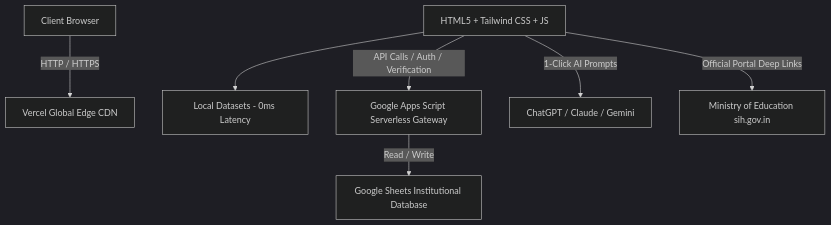
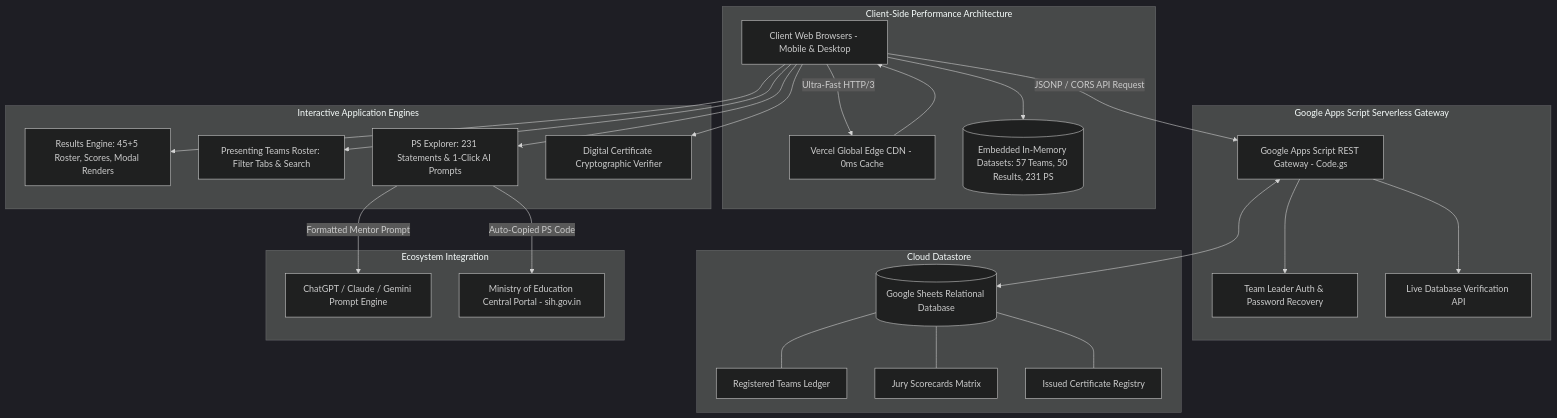
Before and after one commit to gkm563/SIH-UIT: the diagram in README.md, drawn with Mermaid (dark theme). The commit also changed other lines of this file, not shown here.

Commit message:
docs: Craft master-tier, SEO-optimized conclave blueprint README showcasing end-to-end architecture, operational framework, and leadership by Gautam Kumar Maurya (GKM)

````diff
--- a/README.md
+++ b/README.md
@@ -85,9 +96,54 @@
 ```mermaid
-graph TD
-    A[Client Browser] -->|HTTP / HTTPS| B[Vercel Global Edge CDN]
-    C[HTML5 + Tailwind CSS + JS] --> D[Local Datasets - 0ms Latency]
-    C -->|API Calls / Auth / Verification| E[Google Apps Script Serverless Gateway]
-    E -->|Read / Write| F[Google Sheets Institutional Database]
-    C -->|1-Click AI Prompts| G[ChatGPT / Claude / Gemini]
-    C -->|Official Portal Deep Links| H[Ministry of Education sih.gov.in]
+flowchart TD
+    subgraph Client Layer [Client-Side Performance Architecture]
+        Browser[Client Web Browsers - Mobile & Desktop]
+        VercelCDN[Vercel Global Edge CDN - 0ms Cache]
+        LocalData[(Embedded In-Memory Datasets: 57 Teams, 50 Results, 231 PS)]
+        
+        Browser -->|Ultra-Fast HTTP/3| VercelCDN
+        VercelCDN --> Browser
+        Browser --> LocalData
+    end
+
+    subgraph Logic Layer [Interactive Application Engines]
+        ResultsEngine[Results Engine: 45+5 Roster, Scores, Modal Renders]
+        TeamsEngine[Presenting Teams Roster: Filter Tabs & Search]
+        PSEngine[PS Explorer: 231 Statements & 1-Click AI Prompts]
+        CertEngine[Digital Certificate Cryptographic Verifier]
+        
+        Browser --> ResultsEngine
+        Browser --> TeamsEngine
+        Browser --> PSEngine
+        Browser --> CertEngine
+    end
+
+    subgraph Serverless Backend [Google Apps Script Serverless Gateway]
+        GAS[Google Apps Script REST Gateway - Code.gs]
+        AuthService[Team Leader Auth & Password Recovery]
+        VerifyService[Live Database Verification API]
+        
+        Browser -->|JSONP / CORS API Request| GAS
+        GAS --> AuthService
+        GAS --> VerifyService
+    end
+
+    subgraph Database Layer [Cloud Datastore]
+        Sheets[(Google Sheets Relational Database)]
+        TeamsSheet[Registered Teams Ledger]
+        ScoresSheet[Jury Scorecards Matrix]
+        CertSheet[Issued Certificate Registry]
+        
+        GAS <--> Sheets
+        Sheets --- TeamsSheet
+        Sheets --- ScoresSheet
+        Sheets --- CertSheet
+    end
+
+    subgraph External AI & Official Sync [Ecosystem Integration]
+        AIModels[ChatGPT / Claude / Gemini Prompt Engine]
+        OfficialPortal[Ministry of Education Central Portal - sih.gov.in]
+        
+        PSEngine -->|Formatted Mentor Prompt| AIModels
+        PSEngine -->|Auto-Copied PS Code| OfficialPortal
+    end
 ```
````
